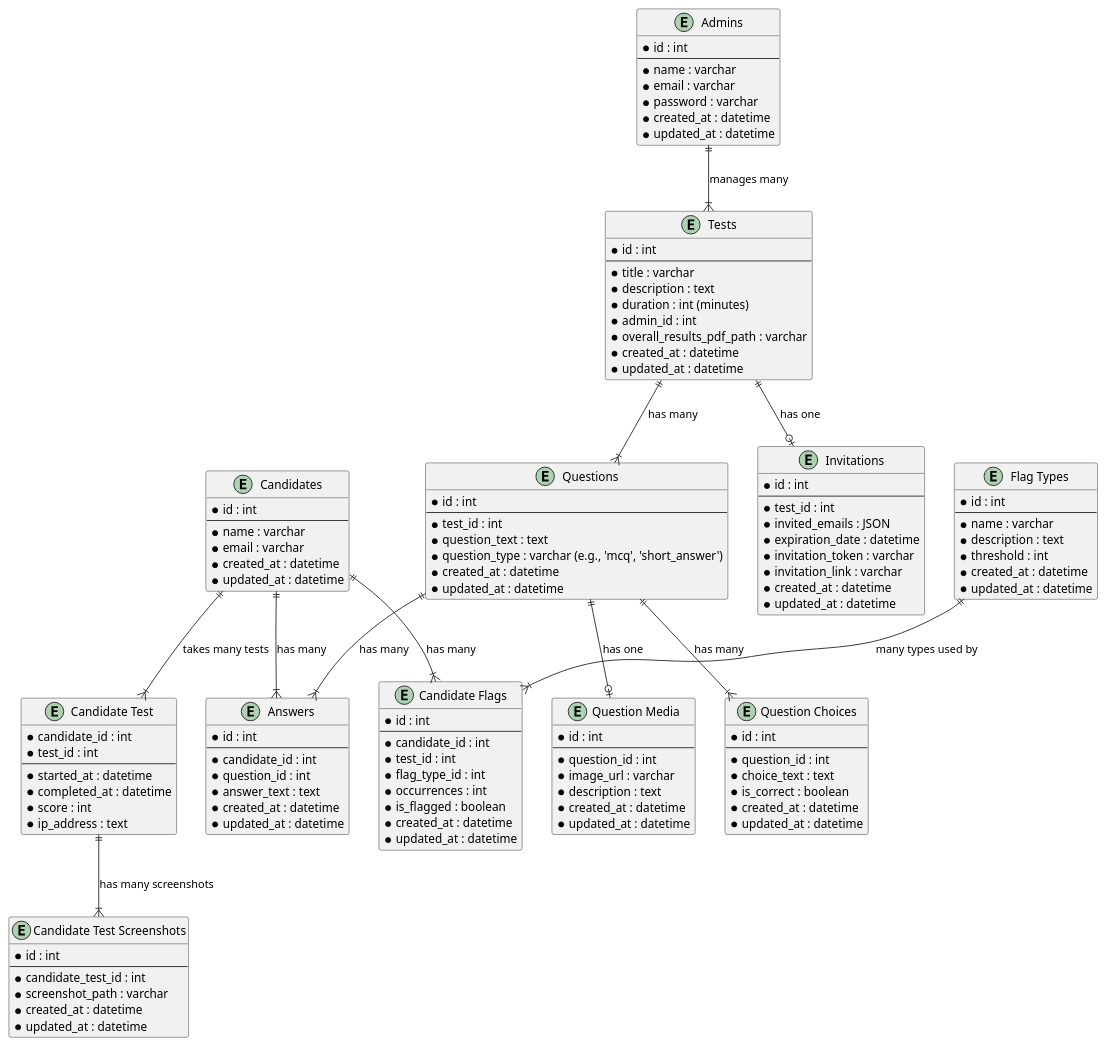
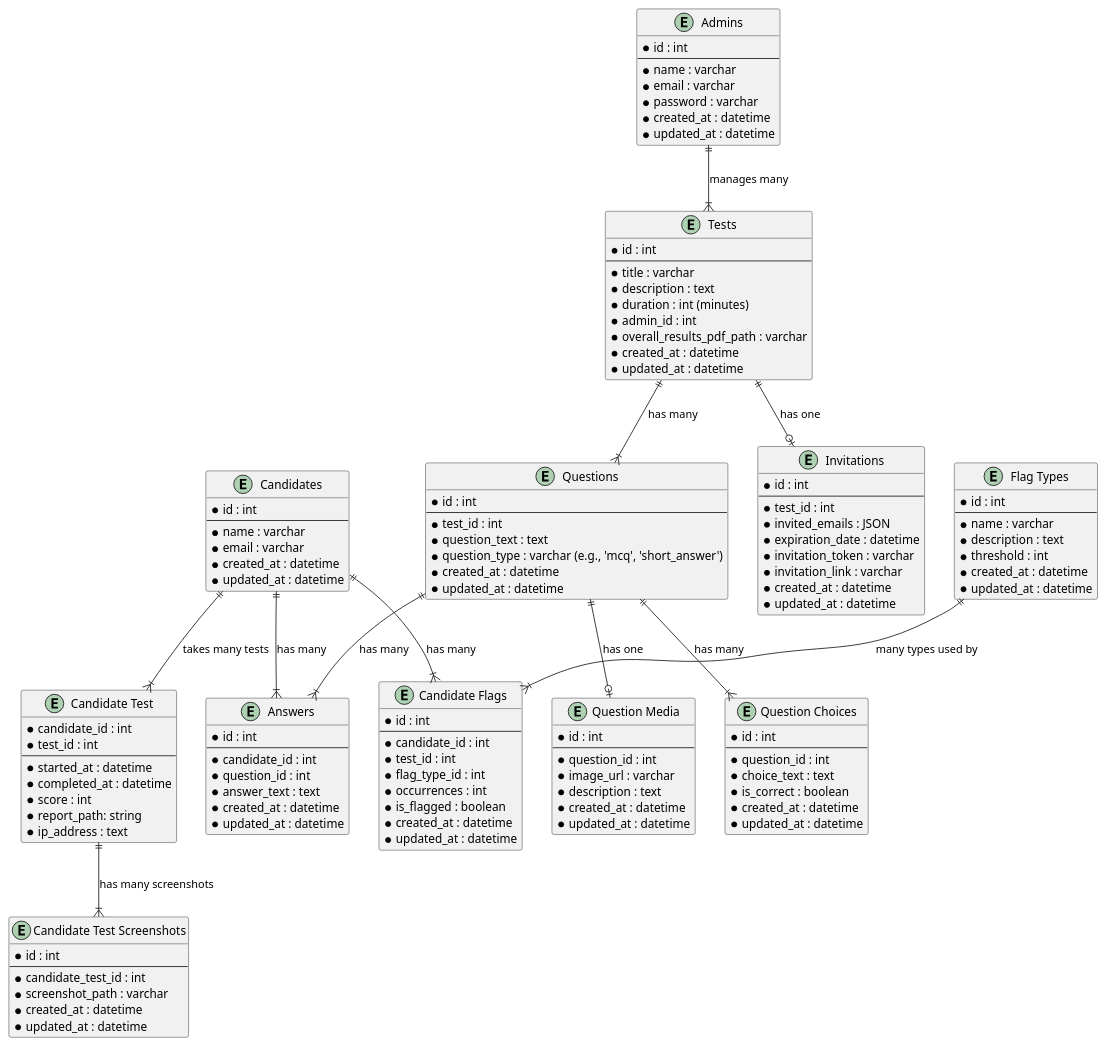
The diagram in storage/plantuml/db_diagram.puml (milelecars/MileleSkillSage), drawn with PlantUML before and after one commit. The commit also changed 56 other files, not shown here.

```diff
--- a/storage/plantuml/db_diagram.puml
+++ b/storage/plantuml/db_diagram.puml
@@ -1,141 +1,142 @@
 @startuml "Milele SkillSage"
 
 
 entity "Candidates" {
   * id : int
   --
   * name : varchar
   * email : varchar
   * created_at : datetime
   * updated_at : datetime
 }
 
 entity "Tests" {
   * id : int
   --
   * title : varchar
   * description : text
   * duration : int (minutes)
   * admin_id : int
   * overall_results_pdf_path : varchar
   * created_at : datetime
   * updated_at : datetime
 }
 
 entity "Candidate Test" {
   * candidate_id : int
   * test_id : int
   --
   * started_at : datetime
   * completed_at : datetime
   * score : int
+  * report_path: string
   * ip_address : text
 }
 
 entity "Candidate Test Screenshots" {
   * id : int
   --
   * candidate_test_id : int
   * screenshot_path : varchar
   * created_at : datetime
   * updated_at : datetime
 }
 
 entity "Questions" {
   * id : int
   --
   * test_id : int
   * question_text : text
   * question_type : varchar (e.g., 'mcq', 'short_answer')
   * created_at : datetime
   * updated_at : datetime
 }
 
 entity "Question Choices" {
   * id : int
   --
   * question_id : int
   * choice_text : text
   * is_correct : boolean
   * created_at : datetime
   * updated_at : datetime
 }
 
 entity "Question Media" {
   * id : int
   --
   * question_id : int
   * image_url : varchar
   * description : text
   * created_at : datetime
   * updated_at : datetime
 }
 
 entity "Answers" {
   * id : int
   --
   * candidate_id : int
   * question_id : int
   * answer_text : text
   * created_at : datetime
   * updated_at : datetime
 }
 
 entity "Admins" {
   * id : int
   --
   * name : varchar
   * email : varchar
   * password : varchar  
   * created_at : datetime
   * updated_at : datetime
 }
 
 entity "Flag Types" {
   * id : int
   --
   * name : varchar
   * description : text
   * threshold : int
   * created_at : datetime
   * updated_at : datetime
 }
 
 entity "Candidate Flags" {
   * id : int
   --
   * candidate_id : int
   * test_id : int
   * flag_type_id : int
   * occurrences : int
   * is_flagged : boolean
   * created_at : datetime
   * updated_at : datetime
 }
 
 entity "Invitations" {
   * id : int
   --
   * test_id : int
   * invited_emails : JSON
   * expiration_date : datetime
   * invitation_token : varchar
   * invitation_link : varchar
   * created_at : datetime 
   * updated_at : datetime
 }
 
 ' Relationships
 "Candidates" ||--|{ "Answers" : has many
 "Candidates" ||--|{ "Candidate Flags" : has many
 "Candidates" ||--|{ "Candidate Test" : takes many tests
 "Tests" ||--|{ "Questions" : has many
 "Tests" ||--o| "Invitations" : has one
 "Questions" ||--|{ "Question Choices" : has many
 "Questions" ||--o| "Question Media" : has one
 "Questions" ||--|{ "Answers" : has many  
 "Flag Types" ||--|{ "Candidate Flags" : many types used by
 "Admins" ||--|{ "Tests" : manages many
 "Candidate Test" ||--|{ "Candidate Test Screenshots" : "has many screenshots"
 
 @enduml
```
